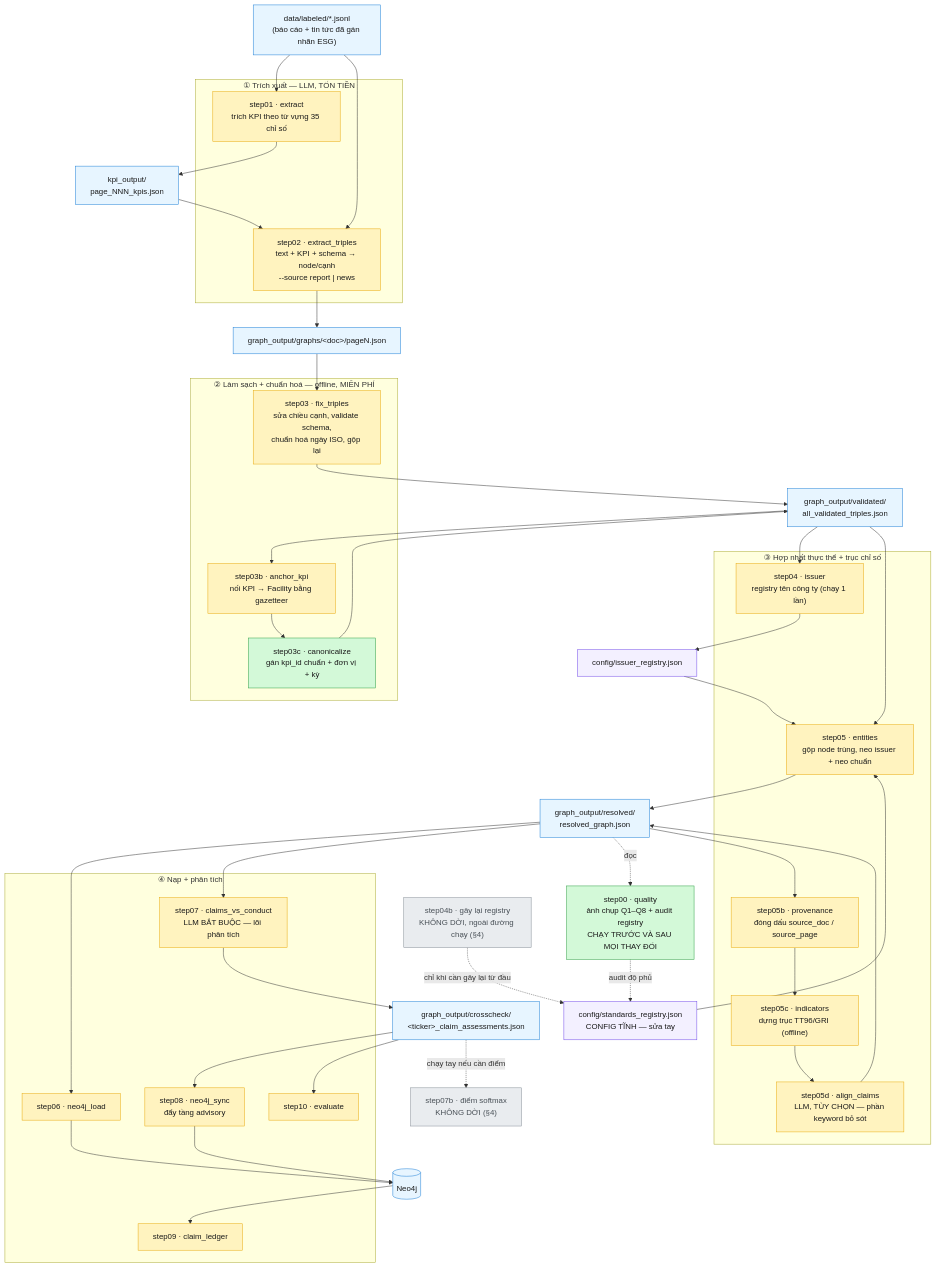
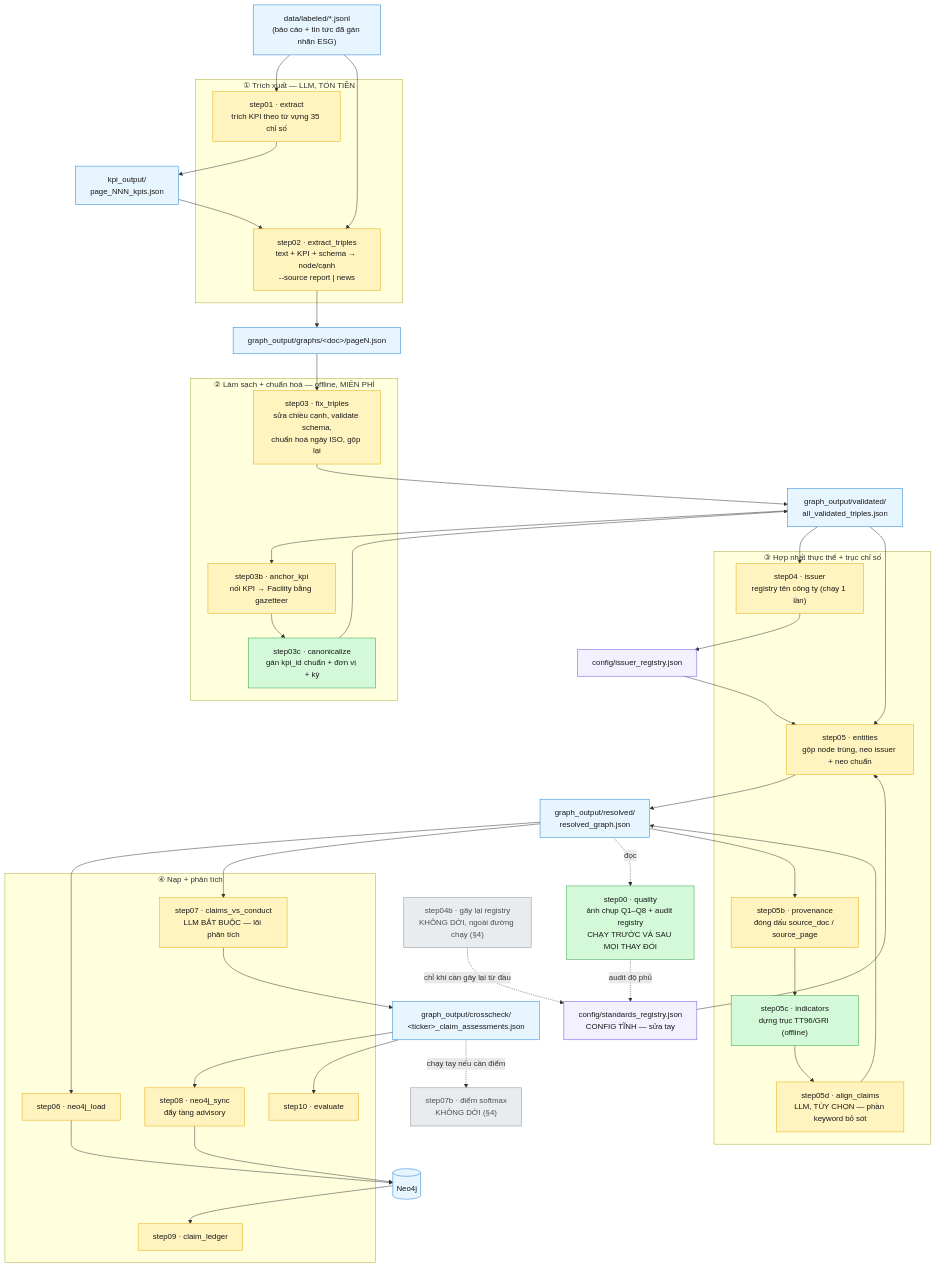
The first of 3 diagrams in src_module/PIPELINE.md (TranBaDat2607/capstone_test1), drawn with Mermaid before and after one commit. The commit also changed other lines of this file and 6 other files, not shown here.

First line of the commit message:
refactor(esg_kg): move step05c to resolve/indicators.py + core/graph_patch.py

````diff
--- a/src_module/PIPELINE.md
+++ b/src_module/PIPELINE.md
@@ -16,70 +16,70 @@
 ```mermaid
 flowchart TD
     classDef migrated fill:#d3f9d8,stroke:#2f9e44,color:#1a1a1a
     classDef pending  fill:#fff3bf,stroke:#e8a90c,color:#1a1a1a
     classDef notport  fill:#e9ecef,stroke:#868e96,color:#495057
     classDef data     fill:#e7f5ff,stroke:#1c7ed6,color:#1a1a1a
     classDef cfg      fill:#f3f0ff,stroke:#7048e8,color:#1a1a1a
 
     JSONL["data/labeled/*.jsonl<br/>(báo cáo + tin tức đã gán nhãn ESG)"]:::data
 
     subgraph P1["① Trích xuất — LLM, TỐN TIỀN"]
         S01["step01 · extract<br/>trích KPI theo từ vựng 35 chỉ số"]:::pending
         S02["step02 · extract_triples<br/>text + KPI + schema → node/cạnh<br/>--source report | news"]:::pending
     end
 
     KPIOUT["kpi_output/<br/>page_NNN_kpis.json"]:::data
     GRAPHS["graph_output/graphs/&lt;doc&gt;/pageN.json"]:::data
 
     subgraph P2["② Làm sạch + chuẩn hoá — offline, MIỄN PHÍ"]
         S03["step03 · fix_triples<br/>sửa chiều cạnh, validate schema,<br/>chuẩn hoá ngày ISO, gộp lại"]:::pending
         S03B["step03b · anchor_kpi<br/>nối KPI → Facility bằng gazetteer"]:::pending
         S03C["step03c · canonicalize<br/>gán kpi_id chuẩn + đơn vị + kỳ"]:::migrated
     end
 
     VALID["graph_output/validated/<br/>all_validated_triples.json"]:::data
 
     subgraph P3["③ Hợp nhất thực thể + trục chỉ số"]
         S04["step04 · issuer<br/>registry tên công ty (chạy 1 lần)"]:::pending
         S05["step05 · entities<br/>gộp node trùng, neo issuer + neo chuẩn"]:::pending
         S05B["step05b · provenance<br/>đóng dấu source_doc / source_page"]:::pending
-        S05C["step05c · indicators<br/>dựng trục TT96/GRI (offline)"]:::pending
+        S05C["step05c · indicators<br/>dựng trục TT96/GRI (offline)"]:::migrated
         S05D["step05d · align_claims<br/>LLM, TÙY CHỌN — phần keyword bỏ sót"]:::pending
     end
 
     RESOLVED["graph_output/resolved/<br/>resolved_graph.json"]:::data
 
     subgraph P4["④ Nạp + phân tích"]
         S06["step06 · neo4j_load"]:::pending
         S07["step07 · claims_vs_conduct<br/>LLM BẮT BUỘC — lõi phân tích"]:::pending
         S08["step08 · neo4j_sync<br/>đẩy tầng advisory"]:::pending
         S09["step09 · claim_ledger"]:::pending
         S10["step10 · evaluate"]:::pending
     end
 
     REGI["config/issuer_registry.json"]:::cfg
     REGS["config/standards_registry.json<br/>CONFIG TĨNH — sửa tay"]:::cfg
     DOSSIER["graph_output/crosscheck/<br/>&lt;ticker&gt;_claim_assessments.json"]:::data
     NEO[("Neo4j")]:::data
 
     S00["step00 · quality<br/>ảnh chụp Q1–Q8 + audit registry<br/>CHẠY TRƯỚC VÀ SAU MỌI THAY ĐỔI"]:::migrated
     S07B["step07b · điểm softmax<br/>KHÔNG DỜI (§4)"]:::notport
     S04B["step04b · gây lại registry<br/>KHÔNG DỜI, ngoài đường chạy (§4)"]:::notport
 
     JSONL --> S01 --> KPIOUT --> S02
     JSONL --> S02 --> GRAPHS --> S03 --> VALID
     VALID --> S03B --> S03C --> VALID
     VALID --> S04 --> REGI --> S05
     REGS --> S05
     VALID --> S05 --> RESOLVED
     RESOLVED --> S05B --> S05C --> S05D --> RESOLVED
     RESOLVED --> S06 --> NEO
     RESOLVED --> S07 --> DOSSIER --> S08 --> NEO
     NEO --> S09
     DOSSIER --> S10
 
     RESOLVED -.->|"đọc"| S00
     S00 -.->|"audit độ phủ"| REGS
     S04B -.->|"chỉ khi cần gây lại từ đầu"| REGS
     DOSSIER -.->|"chạy tay nếu cần điểm"| S07B
 ```
````
